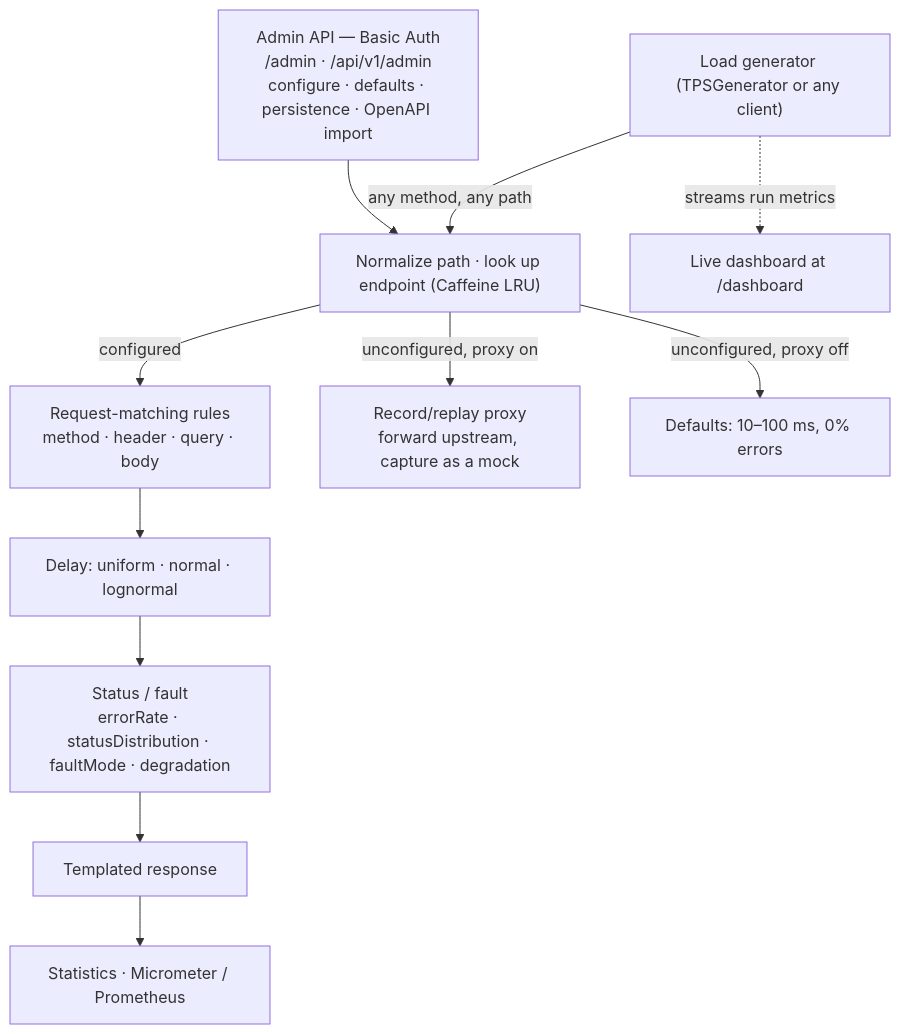
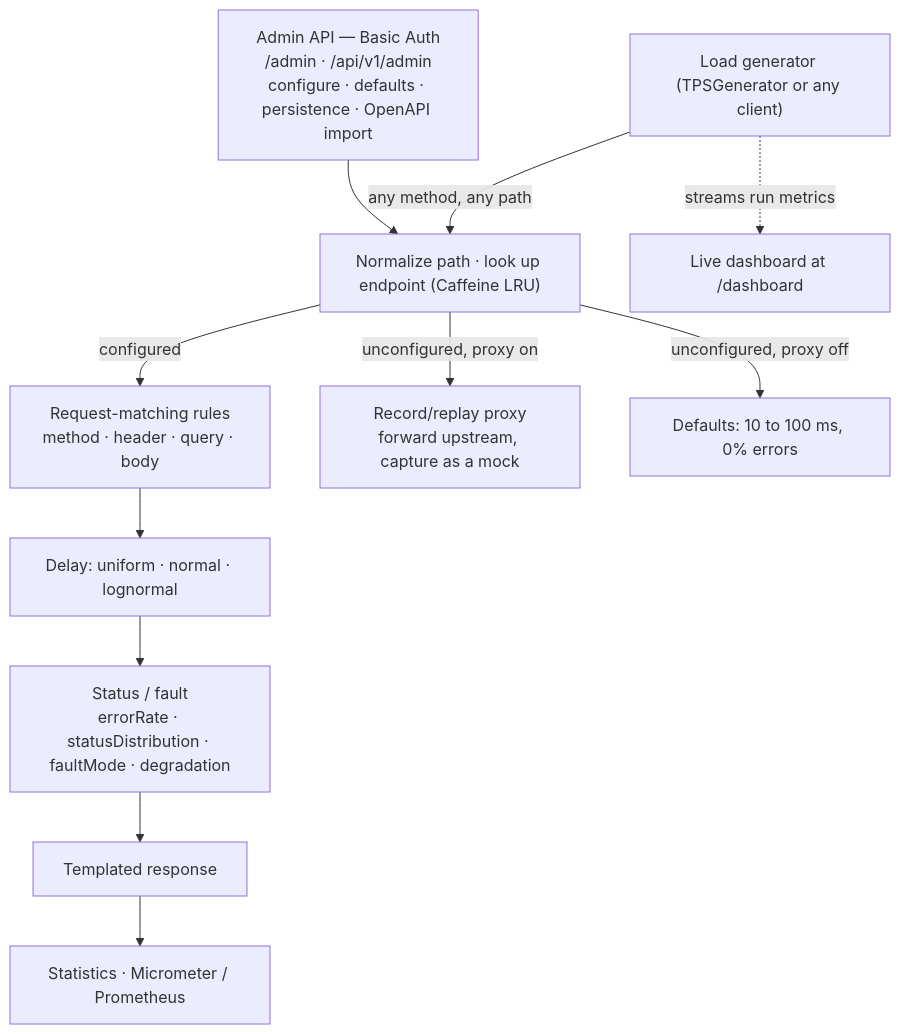
One commit to monahand1023/TPSGenerator-Server changed the diagram in README.md. Above: the diagram before and after it, drawn with Mermaid.

Commit message:
docs: spell out the default delay range in the diagram (GitHub's renderer drops the en dash)
Claude-Session: https://claude.ai/code/session_01F49yxtc8h5Jj4TxAyanvoV

````diff
--- a/README.md
+++ b/README.md
@@ -9,13 +9,13 @@
 ```mermaid
 flowchart TB
     LG["Load generator (TPSGenerator or any client)"] -->|"any method, any path"| Match["Normalize path · look up endpoint (Caffeine LRU)"]
     Admin["Admin API — Basic Auth<br/>/admin · /api/v1/admin<br/>configure · defaults · persistence · OpenAPI import"] --> Match
     Match -->|"configured"| Rules["Request-matching rules<br/>method · header · query · body"]
     Rules --> Delay["Delay: uniform · normal · lognormal"]
     Delay --> Status["Status / fault<br/>errorRate · statusDistribution · faultMode · degradation"]
     Status --> Resp["Templated response"]
     Match -->|"unconfigured, proxy on"| Proxy["Record/replay proxy<br/>forward upstream, capture as a mock"]
-    Match -->|"unconfigured, proxy off"| Default["Defaults: 10–100 ms, 0% errors"]
+    Match -->|"unconfigured, proxy off"| Default["Defaults: 10 to 100 ms, 0% errors"]
     Resp --> Stats["Statistics · Micrometer / Prometheus"]
     LG -.->|"streams run metrics"| Dash["Live dashboard at /dashboard"]
 ```
````
